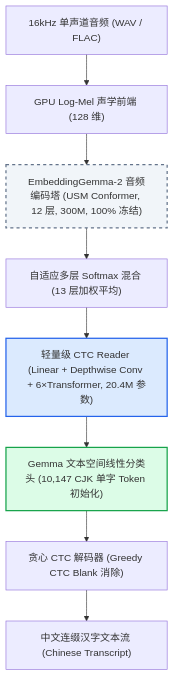
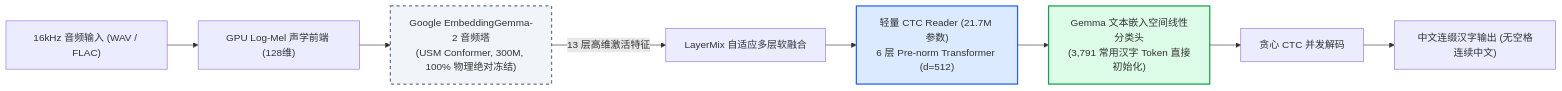
One commit to songxitao/gemma-asr changed the diagram in README.md. Above: the diagram before and after it, drawn with Mermaid. The commit also changed other lines of this file and 10 other files, not shown here.

First line of the commit message:
feat(release): 完善全量28000步成果、三方基准擂台天梯榜、训练收敛图与发布文档

````diff
--- a/README.md
+++ b/README.md
@@ -55,14 +27,14 @@
 ```mermaid
-flowchart TD
-    A["16kHz 单声道音频 (WAV / FLAC)"] --> B["GPU Log-Mel 声学前端 (128 维)"]
-    B --> C["EmbeddingGemma-2 音频编码塔 (USM Conformer, 12 层, 300M, 100% 冻结)"]
-    C --> D["自适应多层 Softmax 混合 (13 层加权平均)"]
-    D --> E["轻量级 CTC Reader (Linear + Depthwise Conv + 6×Transformer, 20.4M 参数)"]
-    E --> F["Gemma 文本空间线性分类头 (10,147 CJK 单字 Token 初始化)"]
-    F --> G["贪心 CTC 解码器 (Greedy CTC Blank 消除)"]
-    G --> H["中文连缀汉字文本流 (Chinese Transcript)"]
+flowchart LR
+    A["16kHz 音频输入 (WAV / FLAC)"] --> B["GPU Log-Mel 声学前端 (128维)"]
+    B --> C["Google EmbeddingGemma-2 音频塔<br>(USM Conformer, 300M, 100% 物理绝对冻结)"]
+    C -- "13 层高维激活特征" --> D["LayerMix 自适应多层软融合"]
+    D --> E["轻量 CTC Reader (21.7M 参数)<br>6 层 Pre-norm Transformer (d=512)"]
+    E --> F["Gemma 文本嵌入空间线性分类头<br>(3,791 常用汉字 Token 直接初始化)"]
+    F --> G["贪心 CTC 并发解码"]
+    G --> H["中文连缀汉字输出 (无空格连续中文)"]
 
     style C fill:#f1f5f9,stroke:#64748b,stroke-width:2px,stroke-dasharray: 5 5
     style E fill:#dbeafe,stroke:#2563eb,stroke-width:2px
     style F fill:#dcfce7,stroke:#16a34a,stroke-width:2px
 ```
````
